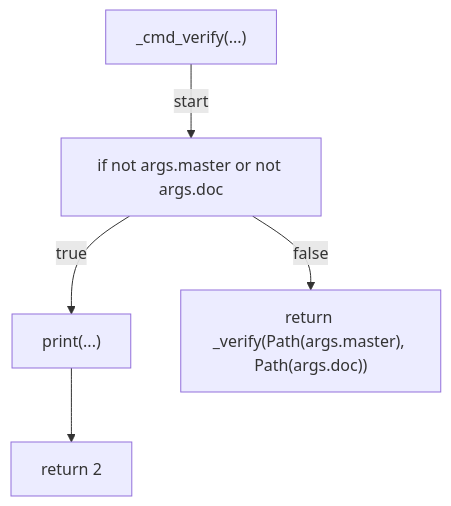
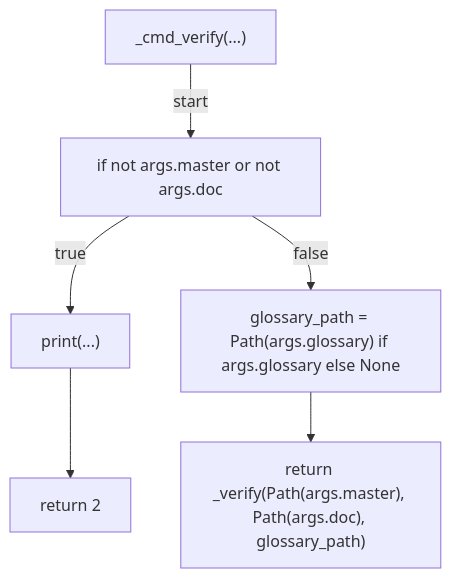
One commit to tvna/claude-md changed diagram 12 of 21 in docs/generated/scripts/ast/scan_design_philosophy_drift.md. Above: the diagram before and after it, drawn with Mermaid. The commit also changed other lines of this file and 1 other file, not shown here.

First line of the commit message:
docs(generated): regenerate decision tree and workflow diagrams

````diff
--- a/docs/generated/scripts/ast/scan_design_philosophy_drift.md
+++ b/docs/generated/scripts/ast/scan_design_philosophy_drift.md
@@ -248,12 +276,14 @@
 ```mermaid
 flowchart TD
     N001["_cmd_verify(...)"]
     N002["if not args.master or not args.doc"]
     N003["print(...)"]
     N004["return 2"]
-    N005["return _verify(Path(args.master), Path(args.doc))"]
+    N005["glossary_path = Path(args.glossary) if args.glossary else None"]
+    N006["return _verify(Path(args.master), Path(args.doc), glossary_path)"]
     N001 -->|"start"| N002
     N002 -->|"true"| N003
     N003 --> N004
     N002 -->|"false"| N005
+    N005 --> N006
 ```
````
